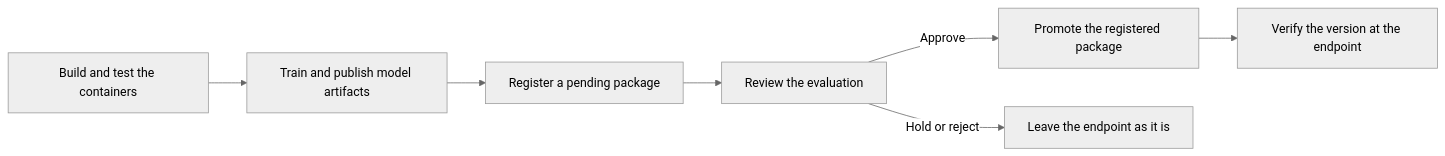
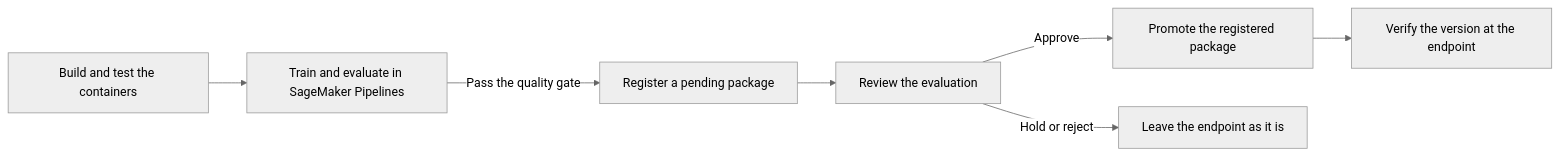
Before and after one commit to rav94/sagemaker-ai-signal-to-action-workshop: the diagram in docs/model-registry-ci-cd.md, drawn with Mermaid (neutral theme). The commit also changed other lines of this file and 23 other files, not shown here.

Commit message:
Make native SageMaker Pipelines the main workshop path

````diff
--- a/docs/model-registry-ci-cd.md
+++ b/docs/model-registry-ci-cd.md
@@ -5,9 +5,9 @@
 ```mermaid
 flowchart LR
-    A[Build and test the containers] --> B[Train and publish model artifacts]
-    B --> C[Register a pending package]
+    A[Build and test the containers] --> B[Train and evaluate in SageMaker Pipelines]
+    B -->|Pass the quality gate| C[Register a pending package]
     C --> D[Review the evaluation]
     D -->|Approve| E[Promote the registered package]
     D -->|Hold or reject| F[Leave the endpoint as it is]
     E --> G[Verify the version at the endpoint]
 ```
````
